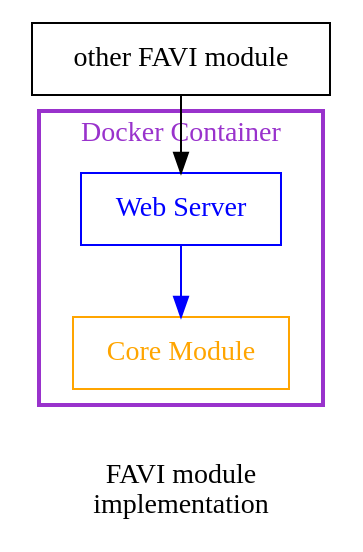
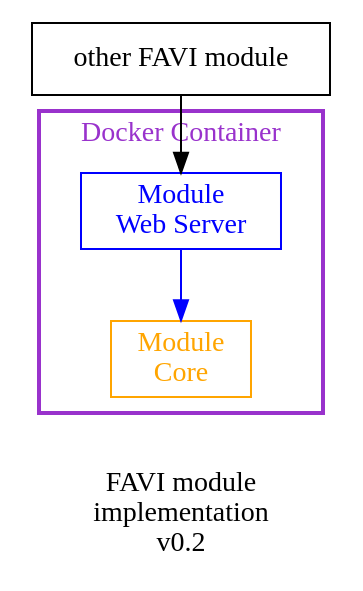
Before and after one commit to guild-st-isidore-TO/fabrica-virtualis: the diagram in static/design/favi-module.dot, drawn with Graphviz. The commit also changed 9 other files, not shown here.

```diff
--- a/static/design/favi-module.dot
+++ b/static/design/favi-module.dot
@@ -1,23 +1,23 @@
 digraph {
-    label = "\nFAVI module\nimplementation";
+    label = "\nFAVI module\nimplementation\nv0.2";
     node [shape = box;];
     
     extModule -> webServer;
     
     subgraph cluster_0 {
         label = "Docker Container";
         fontcolor = darkorchid;
         color = darkorchid;
         penwidth = 2;
         node [bgcolor = white;];
         
         
         webServer -> coreModule [color = blue;];
     }
     
     extModule [label = "other FAVI module";];
     
-    webServer [label = "Web Server";color = blue;fontcolor = blue;];
+    webServer [label = "Module\nWeb Server";color = blue;fontcolor = blue;];
     
-    coreModule [label = "Core Module";color = orange;fontcolor = orange;];
+    coreModule [label = "Module\nCore";color = orange;fontcolor = orange;];
 }
```
